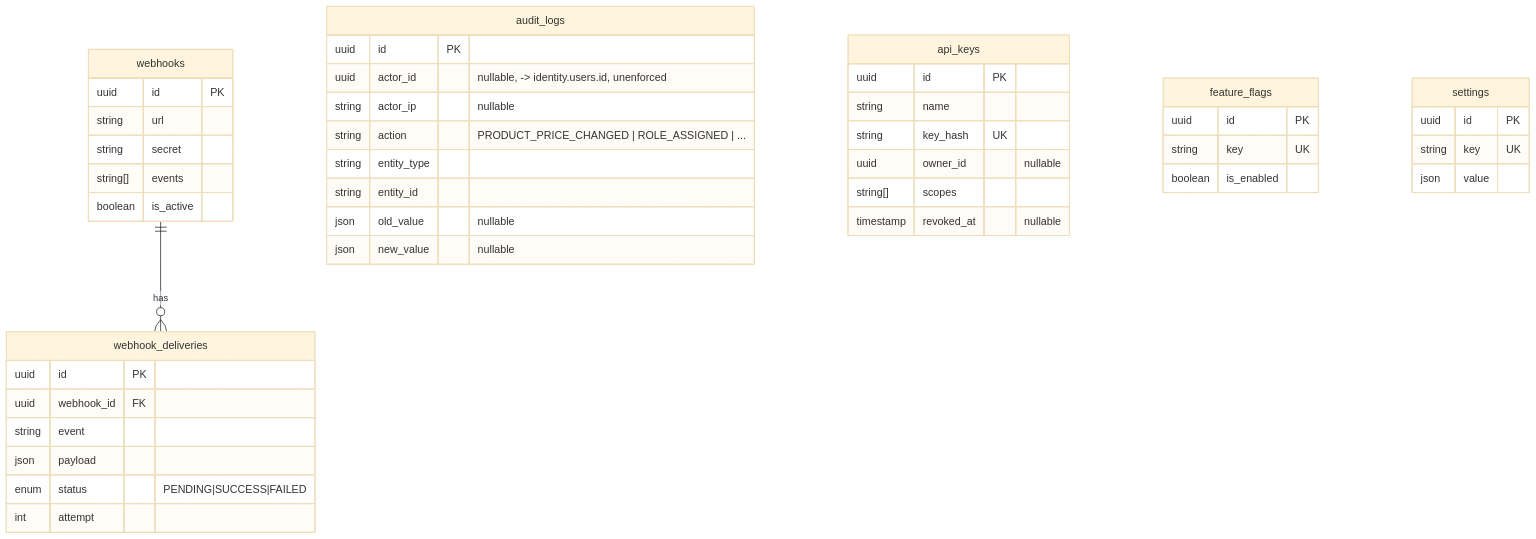
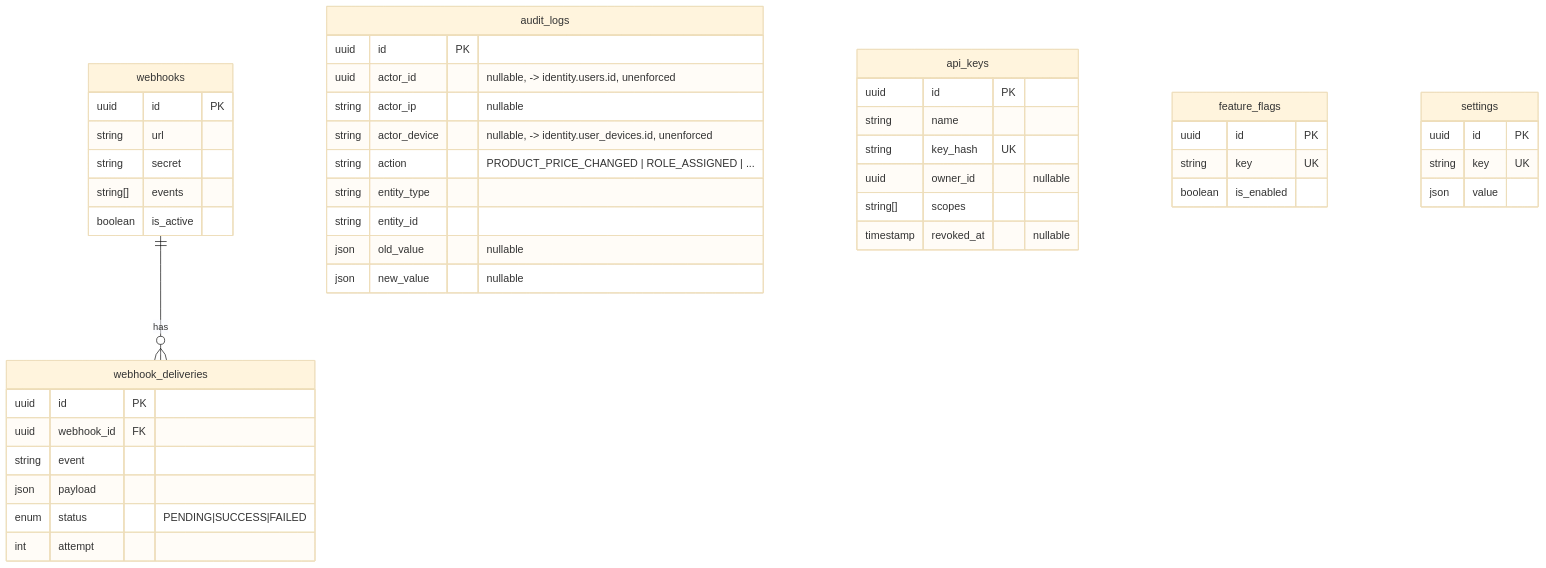
Before and after one commit to HuseinHbz/Didar: diagram 12 of 12 in docs/database/erd.md, drawn with Mermaid (base theme). The commit also changed other lines of this file and 131 other files, not shown here.

````diff
--- a/docs/database/erd.md
+++ b/docs/database/erd.md
@@ -587,48 +639,49 @@
 ```mermaid
 erDiagram
     webhooks ||--o{ webhook_deliveries : has
 
     audit_logs {
         uuid id PK
         uuid actor_id "nullable, -> identity.users.id, unenforced"
         string actor_ip "nullable"
+        string actor_device "nullable, -> identity.user_devices.id, unenforced"
         string action "PRODUCT_PRICE_CHANGED | ROLE_ASSIGNED | ..."
         string entity_type
         string entity_id
         json old_value "nullable"
         json new_value "nullable"
     }
     api_keys {
         uuid id PK
         string name
         string key_hash UK
         uuid owner_id "nullable"
         string[] scopes
         timestamp revoked_at "nullable"
     }
     webhooks {
         uuid id PK
         string url
         string secret
         string[] events
         boolean is_active
     }
     webhook_deliveries {
         uuid id PK
         uuid webhook_id FK
         string event
         json payload
         enum status "PENDING|SUCCESS|FAILED"
         int attempt
     }
     feature_flags {
         uuid id PK
         string key UK
         boolean is_enabled
     }
     settings {
         uuid id PK
         string key UK
         json value
     }
 ```
````
